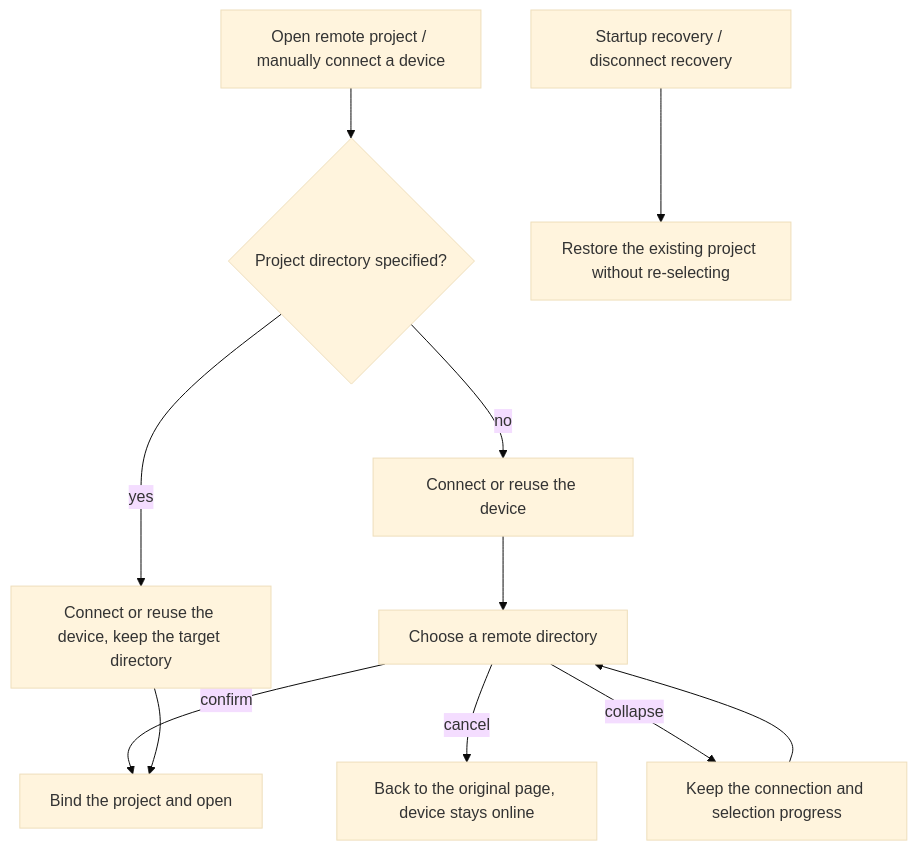
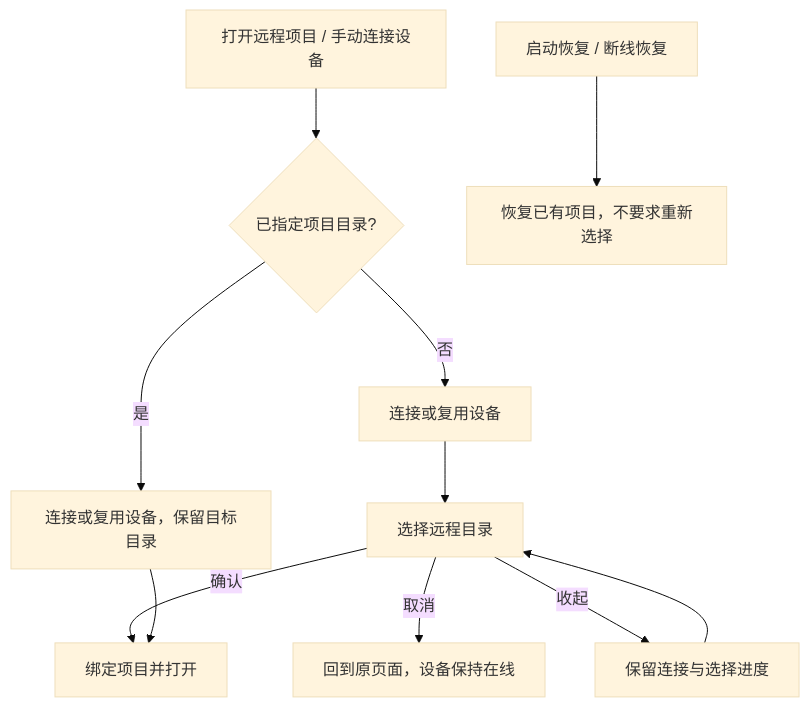
Before and after one commit to osben/ZCode: the first of 2 diagrams in docs/remote/project-first-remote-navigation-spec.md, drawn with Mermaid (base theme). The commit also changed other lines of this file and 5391 other files, not shown here.

````diff
--- a/docs/remote/project-first-remote-navigation-spec.md
+++ b/docs/remote/project-first-remote-navigation-spec.md
@@ -55,13 +46,13 @@
 ```mermaid
 flowchart TD
-    A[Open remote project / manually connect a device] --> B{Project directory specified?}
-    B -- no --> C[Connect or reuse the device]
-    C --> D[Choose a remote directory]
-    D -- confirm --> E[Bind the project and open]
-    D -- cancel --> F[Back to the original page, device stays online]
-    D -- collapse --> G[Keep the connection and selection progress]
+    A[打开远程项目 / 手动连接设备] --> B{已指定项目目录?}
+    B -- 否 --> C[连接或复用设备]
+    C --> D[选择远程目录]
+    D -- 确认 --> E[绑定项目并打开]
+    D -- 取消 --> F[回到原页面，设备保持在线]
+    D -- 收起 --> G[保留连接与选择进度]
     G --> D
-    B -- yes --> H[Connect or reuse the device, keep the target directory]
+    B -- 是 --> H[连接或复用设备，保留目标目录]
     H --> E
-    I[Startup recovery / disconnect recovery] --> J[Restore the existing project without re-selecting]
+    I[启动恢复 / 断线恢复] --> J[恢复已有项目，不要求重新选择]
 ```
````
